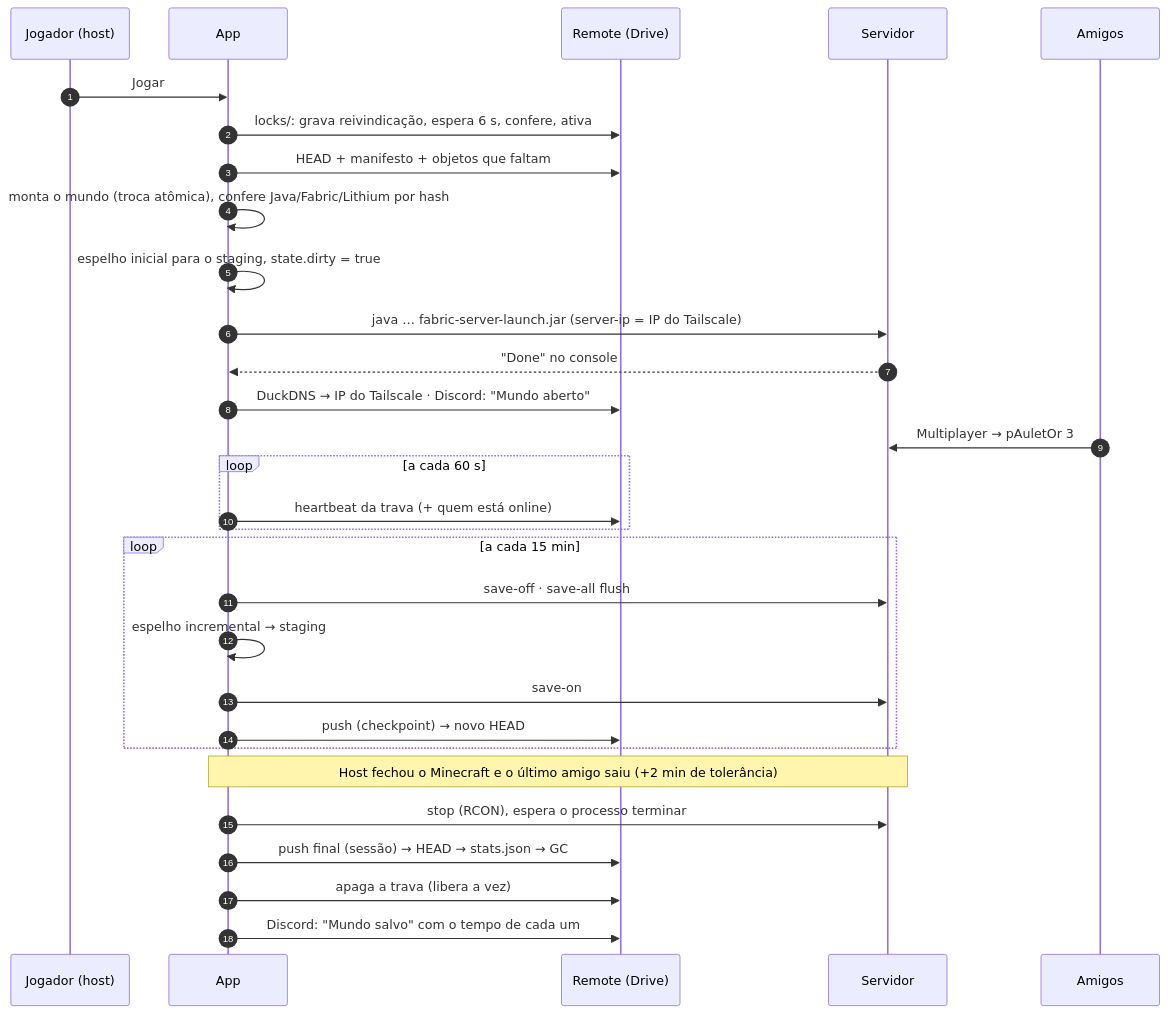
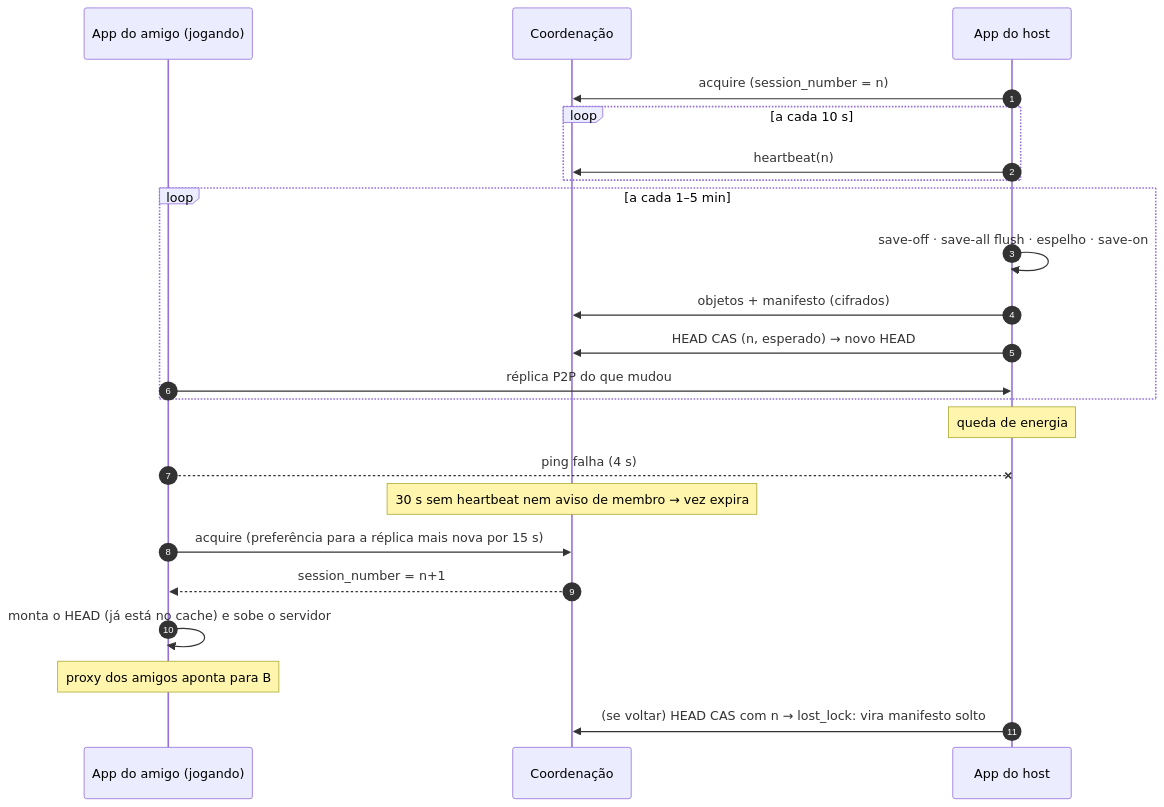
One commit to pauletor3world/pauletor3 changed the second of 2 diagrams in docs/arquitetura.md. Above: the diagram before and after it, drawn with Mermaid. The commit also changed other lines of this file and 11 other files, not shown here.

````diff
--- a/docs/arquitetura.md
+++ b/docs/arquitetura.md
@@ -78,33 +36,25 @@
 ```mermaid
 sequenceDiagram
   autonumber
-  participant U as Jogador (host)
-  participant A as App
-  participant R as Remote (Drive)
-  participant S as Servidor
-  participant F as Amigos
-
-  U->>A: Jogar
-  A->>R: locks/: grava reivindicação, espera 6 s, confere, ativa
-  A->>R: HEAD + manifesto + objetos que faltam
-  A->>A: monta o mundo (troca atômica), confere Java/Fabric/Lithium por hash
-  A->>A: espelho inicial para o staging, state.dirty = true
-  A->>S: java … fabric-server-launch.jar (server-ip = IP do Tailscale)
-  S-->>A: "Done" no console
-  A->>R: DuckDNS → IP do Tailscale · Discord: "Mundo aberto"
-  F->>S: Multiplayer → pAuletOr 3
-  loop a cada 60 s
-    A->>R: heartbeat da trava (+ quem está online)
+  participant B as App do amigo (jogando)
+  participant W as Coordenação
+  participant A as App do host
+  A->>W: acquire (session_number = n)
+  loop a cada 10 s
+    A->>W: heartbeat(n)
   end
-  loop a cada 15 min
-    A->>S: save-off · save-all flush
-    A->>A: espelho incremental → staging
-    A->>S: save-on
-    A->>R: push (checkpoint) → novo HEAD
+  loop a cada 1–5 min
+    A->>A: save-off · save-all flush · espelho · save-on
+    A->>W: objetos + manifesto (cifrados)
+    A->>W: HEAD CAS (n, esperado) → novo HEAD
+    B->>A: réplica P2P do que mudou
   end
-  Note over A,S: Host fechou o Minecraft e o último amigo saiu (+2 min de tolerância)
-  A->>S: stop (RCON), espera o processo terminar
-  A->>R: push final (sessão) → HEAD → stats.json → GC
-  A->>R: apaga a trava (libera a vez)
-  A->>R: Discord: "Mundo salvo" com o tempo de cada um
+  Note over A: queda de energia
+  B--xA: ping falha (4 s)
+  Note over W: 30 s sem heartbeat nem aviso de membro → vez expira
+  B->>W: acquire (preferência para a réplica mais nova por 15 s)
+  W-->>B: session_number = n+1
+  B->>B: monta o HEAD (já está no cache) e sobe o servidor
+  Note over B: proxy dos amigos aponta para B
+  A->>W: (se voltar) HEAD CAS com n → lost_lock: vira manifesto solto
 ```
````
